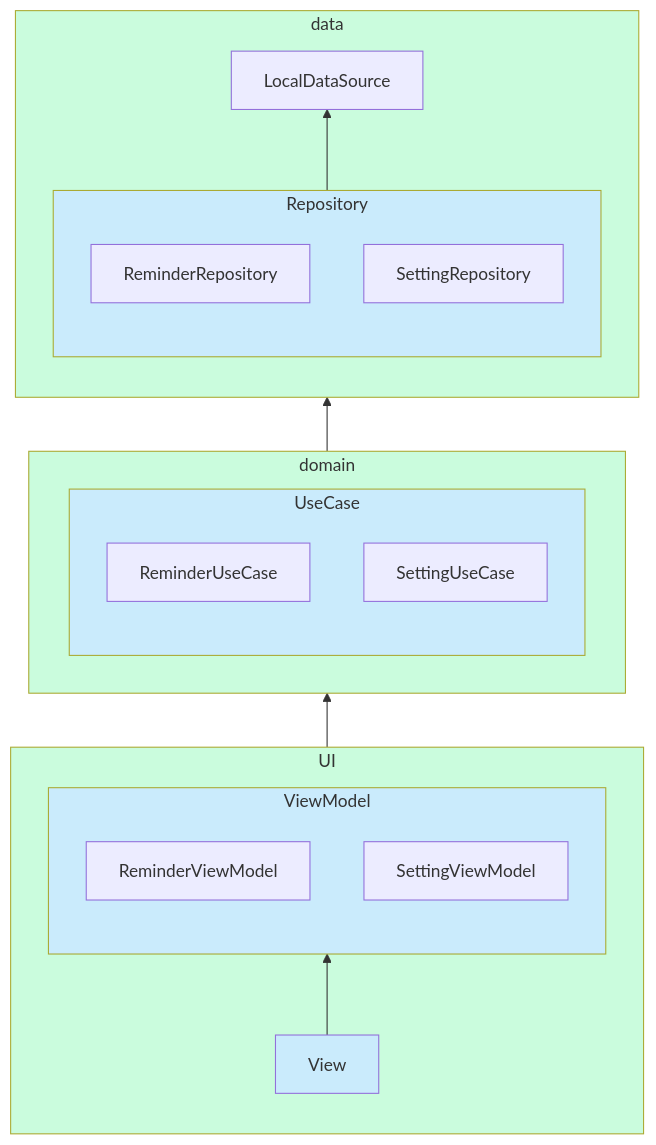
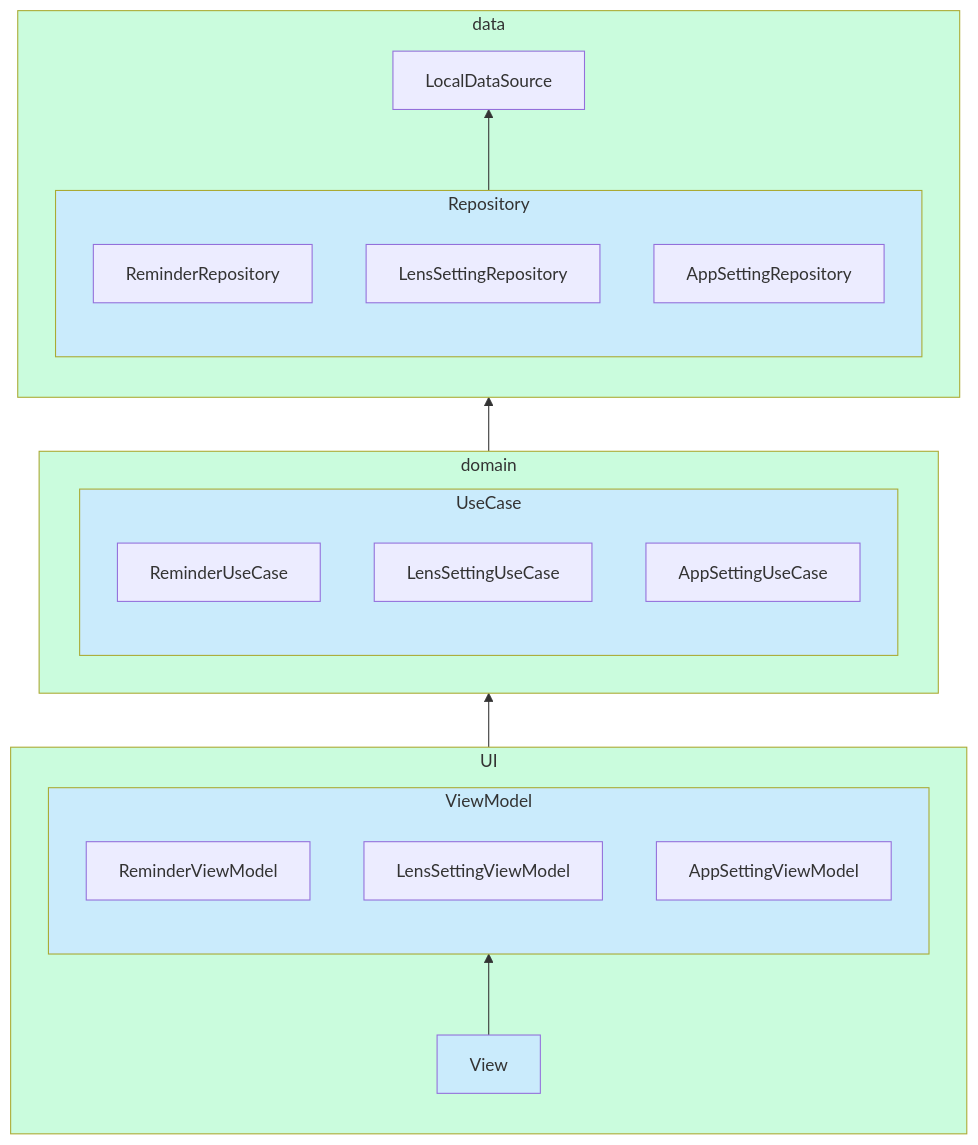
One commit to rikuyu/contact-lens-reminder changed the diagram in README.md. Above: the diagram before and after it, drawn with Mermaid. The commit also changed other lines of this file, not shown here.

````diff
--- a/README.md
+++ b/README.md
@@ -25,35 +25,38 @@
 ```mermaid
 flowchart BT
   subgraph data
     direction BT
     Repository -->  LocalDataSource
     subgraph Repository
       ReminderRepository
-      SettingRepository
+      LensSettingRepository
+      AppSettingRepository
     end
   end
   style data fill:#cafcdd
   style Repository fill:#caebfc
   subgraph domain
     direction LR
     subgraph UseCase
       ReminderUseCase
-      SettingUseCase
+      LensSettingUseCase
+      AppSettingUseCase
     end
   end
   style domain fill:#cafcdd
   style UseCase fill:#caebfc
   subgraph UI
     direction BT
     subgraph ViewModel
       ReminderViewModel
-      SettingViewModel
+      LensSettingViewModel
+      AppSettingViewModel
     end
     View --> ViewModel
   end
   style UI fill:#cafcdd
   style ViewModel fill:#caebfc
   style View fill:#caebfc
   
   UI --> domain --> data
 ```
````
